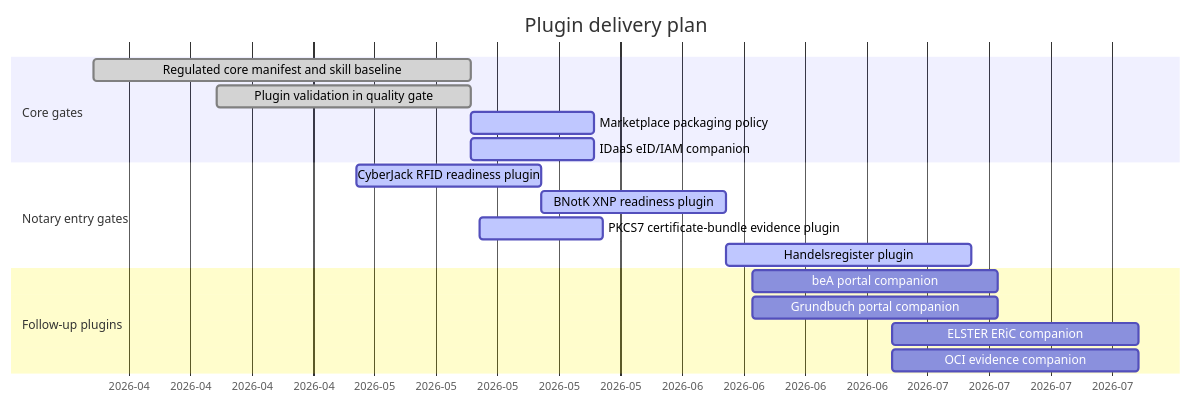
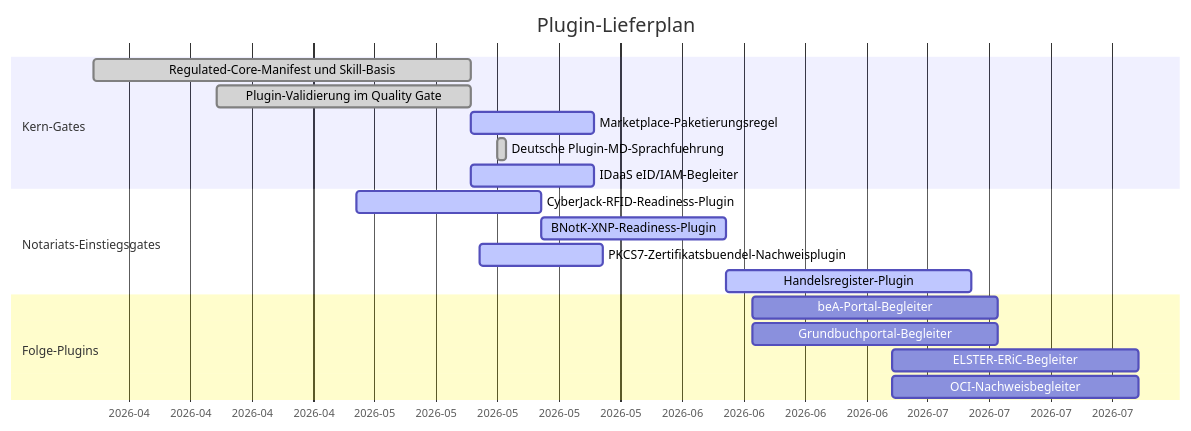
Before and after one commit to notariat8/NaC: the diagram in plugins/GANTT.md, drawn with Mermaid. The commit also changed other lines of this file and 67 other files, not shown here.

````diff
--- a/plugins/GANTT.md
+++ b/plugins/GANTT.md
@@ -5,24 +5,25 @@
 ```mermaid
 gantt
-    title Plugin delivery plan
+    title Plugin-Lieferplan
     dateFormat  YYYY-MM-DD
     axisFormat  %Y-%m
 
-    section Core gates
-    Regulated core manifest and skill baseline :done,   p1, 2026-04-01, 2026-05-14
-    Plugin validation in quality gate          :done,   p2, 2026-04-15, 2026-05-14
-    Marketplace packaging policy               :active, p3, 2026-05-14, 14d
-    IDaaS eID/IAM companion                    :active, p4, 2026-05-14, 14d
+    section Kern-Gates
+    Regulated-Core-Manifest und Skill-Basis    :done,   p1, 2026-04-01, 2026-05-14
+    Plugin-Validierung im Quality Gate         :done,   p2, 2026-04-15, 2026-05-14
+    Marketplace-Paketierungsregel              :active, p3, 2026-05-14, 14d
+    Deutsche Plugin-MD-Sprachfuehrung          :done,   p3a, 2026-05-17, 1d
+    IDaaS eID/IAM-Begleiter                    :active, p4, 2026-05-14, 14d
 
-    section Notary entry gates
-    CyberJack RFID readiness plugin            :active, p5, 2026-05-01, 21d
-    BNotK XNP readiness plugin                 :active, p6, after p5, 21d
-    PKCS7 certificate-bundle evidence plugin   :active, p6a, 2026-05-15, 14d
-    Handelsregister plugin                     :active, p7, after p6, 28d
+    section Notariats-Einstiegsgates
+    CyberJack-RFID-Readiness-Plugin            :active, p5, 2026-05-01, 21d
+    BNotK-XNP-Readiness-Plugin                 :active, p6, after p5, 21d
+    PKCS7-Zertifikatsbuendel-Nachweisplugin    :active, p6a, 2026-05-15, 14d
+    Handelsregister-Plugin                     :active, p7, after p6, 28d
 
-    section Follow-up plugins
-    beA portal companion                       :        p8, 2026-06-15, 28d
-    Grundbuch portal companion                 :        p9, 2026-06-15, 28d
-    ELSTER ERiC companion                      :        p10, 2026-07-01, 28d
-    OCI evidence companion                     :        p11, 2026-07-01, 28d
+    section Folge-Plugins
+    beA-Portal-Begleiter                       :        p8, 2026-06-15, 28d
+    Grundbuchportal-Begleiter                  :        p9, 2026-06-15, 28d
+    ELSTER-ERiC-Begleiter                      :        p10, 2026-07-01, 28d
+    OCI-Nachweisbegleiter                      :        p11, 2026-07-01, 28d
 ```
````
